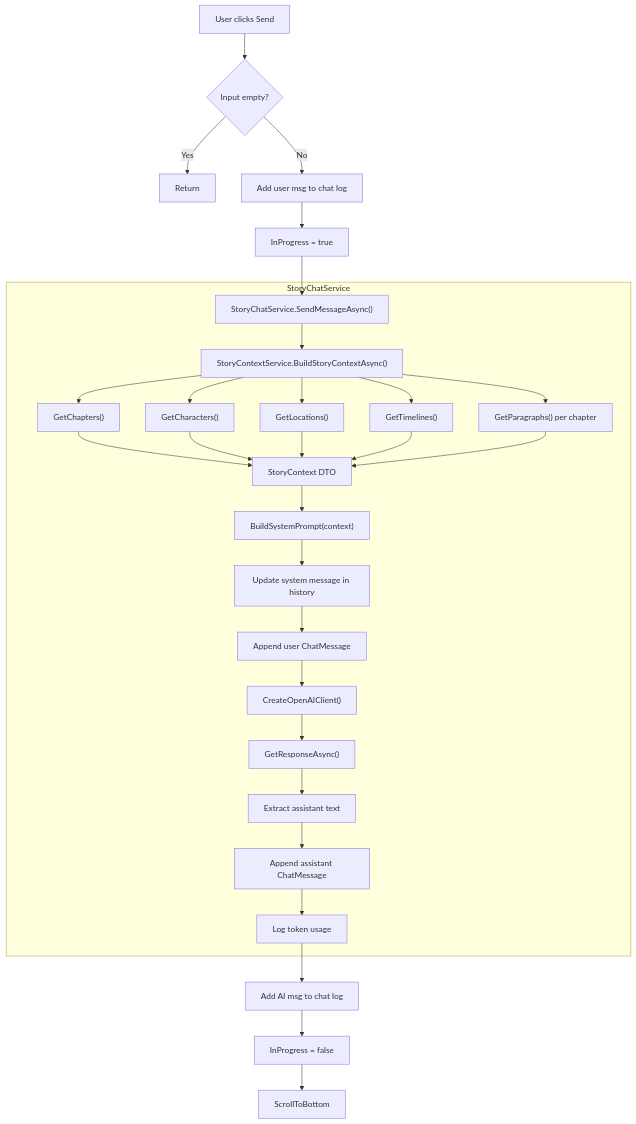
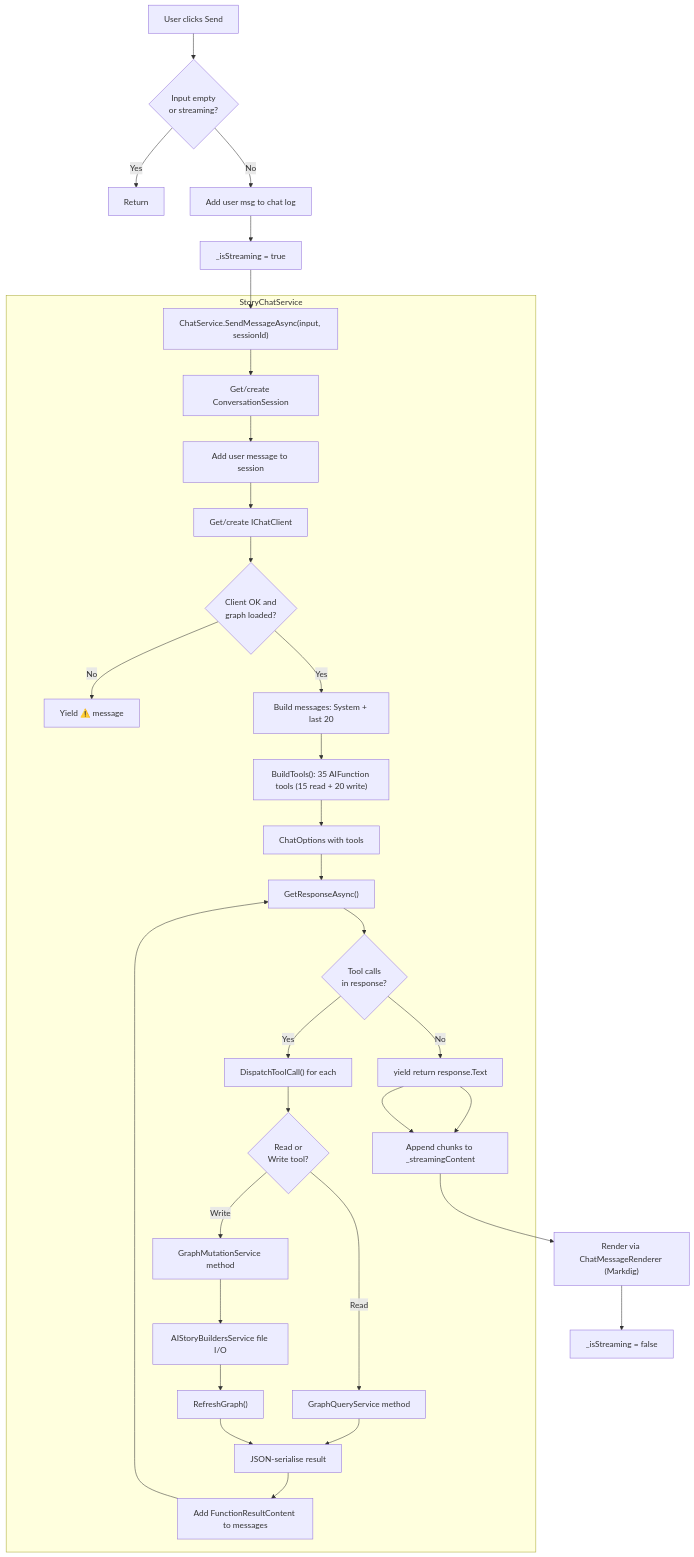
One commit to AIStoryBuilders/AIStoryBuilders changed diagram 13 of 16 in docs/chat-tab-implementation-plan.md. Above: the diagram before and after it, drawn with Mermaid. The commit also changed other lines of this file and 1 other file, not shown here.

First line of the commit message:
Rewrite chat tab implementation plan for tool-calling AI

````diff
--- a/docs/chat-tab-implementation-plan.md
+++ b/docs/chat-tab-implementation-plan.md
@@ -435,31 +2461,38 @@
 ```mermaid
 flowchart TD
-    U[User clicks Send] --> V{Input empty?}
+    U[User clicks Send] --> V{Input empty<br/>or streaming?}
     V -- Yes --> STOP[Return]
     V -- No --> A[Add user msg to chat log]
-    A --> B[InProgress = true]
-    B --> C["StoryChatService.SendMessageAsync()"]
+    A --> B["_isStreaming = true"]
+    B --> C["ChatService.SendMessageAsync(input, sessionId)"]
 
     subgraph StoryChatService
-        C --> D["StoryContextService.BuildStoryContextAsync()"]
-        D --> D1["GetChapters()"]
-        D --> D2["GetCharacters()"]
-        D --> D3["GetLocations()"]
-        D --> D4["GetTimelines()"]
-        D --> D5["GetParagraphs() per chapter"]
-        D1 & D2 & D3 & D4 & D5 --> E[StoryContext DTO]
+        C --> D[Get/create ConversationSession]
+        D --> E[Add user message to session]
+        E --> F[Get/create IChatClient]
+        F --> G{Client OK and<br/>graph loaded?}
+        G -- No --> FALLBACK["Yield ⚠️ message"]
+        G -- Yes --> H["Build messages: System + last 20"]
+        H --> I["BuildTools(): 35 AIFunction tools (15 read + 20 write)"]
+        I --> J["ChatOptions with tools"]
+        J --> K["GetResponseAsync()"]
 
-        E --> F["BuildSystemPrompt(context)"]
-        F --> G["Update system message in history"]
-        G --> H["Append user ChatMessage"]
-        H --> I["CreateOpenAIClient()"]
-        I --> J["GetResponseAsync()"]
-        J --> K["Extract assistant text"]
-        K --> L["Append assistant ChatMessage"]
-        L --> M["Log token usage"]
+        K --> L{Tool calls<br/>in response?}
+        L -- Yes --> M["DispatchToolCall() for each"]
+        M --> N{Read or<br/>Write tool?}
+        N -- Read --> O1["GraphQueryService method"]
+        N -- Write --> O2["GraphMutationService method"]
+        O2 --> O3["AIStoryBuildersService file I/O"]
+        O3 --> O4["RefreshGraph()"]
+        O1 --> P["JSON-serialise result"]
+        O4 --> P
+        P --> Q["Add FunctionResultContent to messages"]
+        Q --> K
+        L -- No --> R["yield return response.Text"]
+        R --> S["Store assistant message in session"]
     end
 
-    M --> N[Add AI msg to chat log]
-    N --> O[InProgress = false]
-    O --> P[ScrollToBottom]
+    R --> S["Append chunks to _streamingContent"]
+    S --> T["Render via ChatMessageRenderer (Markdig)"]
+    T --> U2["_isStreaming = false"]
 ```
````
